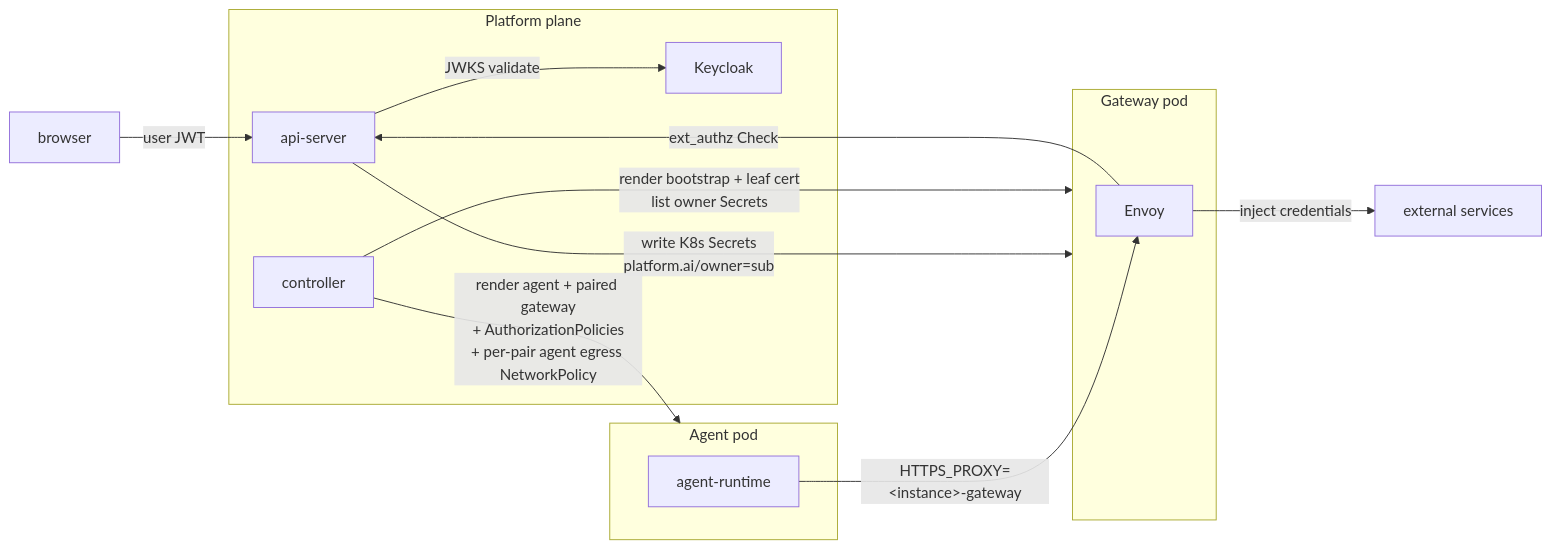
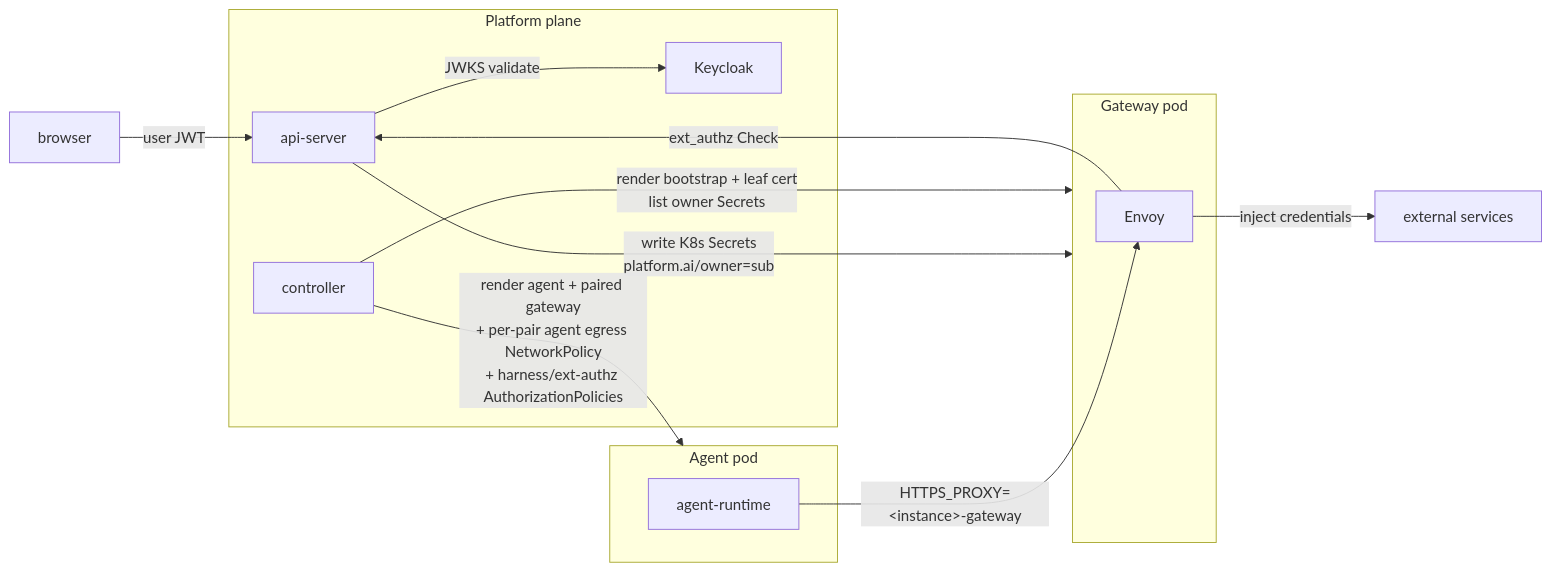
The diagram in docs/architecture/security-and-credentials.md (subbyte/dam), drawn with Mermaid before and after one commit. The commit also changed other lines of this file and 15 other files, not shown here.

Commit message:
feat(security): NetworkPolicy gates agent egress; agent opts out of ambient (#186)

````diff
--- a/docs/architecture/security-and-credentials.md
+++ b/docs/architecture/security-and-credentials.md
@@ -52,31 +57,31 @@
 ```mermaid
 flowchart LR
   browser[browser]
 
   subgraph platform[Platform plane]
     api-server
     controller
     keycloak[Keycloak]
   end
 
   subgraph agentpod[Agent pod]
     agent-runtime
   end
 
   subgraph gatewaypod[Gateway pod]
     envoy[Envoy]
   end
 
   external[external services]
 
   browser -->|user JWT| api-server
   api-server -->|JWKS validate| keycloak
 
   api-server -->|write K8s Secrets<br/>platform.ai/owner=sub| gatewaypod
   controller -->|render bootstrap + leaf cert<br/>list owner Secrets| gatewaypod
-  controller -->|render agent + paired gateway<br/>+ AuthorizationPolicies<br/>+ per-pair agent egress NetworkPolicy| agentpod
+  controller -->|render agent + paired gateway<br/>+ per-pair agent egress NetworkPolicy<br/>+ harness/ext-authz AuthorizationPolicies| agentpod
 
   agent-runtime -->|HTTPS_PROXY=&lt;instance&gt;-gateway| envoy
   envoy -->|ext_authz Check| api-server
   envoy -->|inject credentials| external
 ```
````
